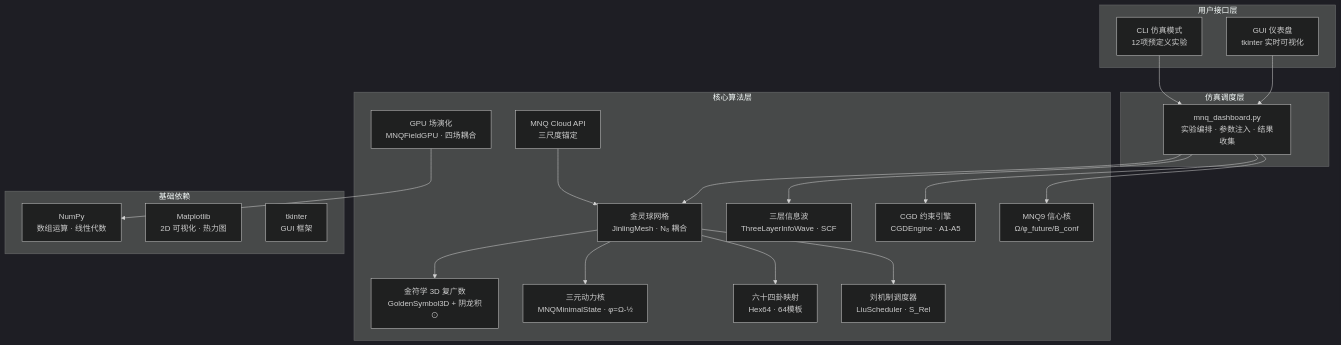
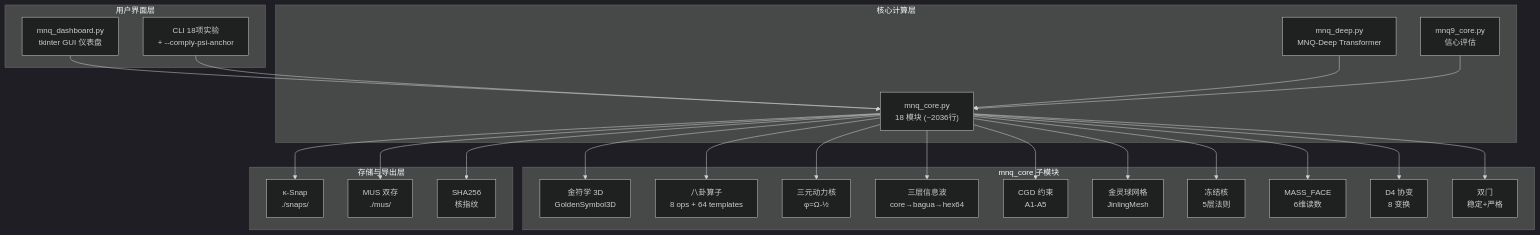
Before and after one commit to lisoleg/mnq-golden-spirit-ball-simulator: the third of 4 diagrams in PAPER.md, drawn with Mermaid (dark theme). The commit also changed other lines of this file, not shown here.

````diff
--- a/PAPER.md
+++ b/PAPER.md
@@ -172,44 +637,39 @@
 ```mermaid
-graph TD
-    subgraph 用户接口层
-        CLI["CLI 仿真模式<br/>12项预定义实验"]
-        GUI["GUI 仪表盘<br/>tkinter 实时可视化"]
+graph TB
+    subgraph "用户界面层"
+        GUI["mnq_dashboard.py<br/>tkinter GUI 仪表盘"]
+        CLI["CLI 18项实验<br/>+ --comply-psi-anchor"]
     end
 
-    subgraph 仿真调度层
-        DASH["mnq_dashboard.py<br/>实验编排 · 参数注入 · 结果收集"]
+    subgraph "核心计算层"
+        CORE["mnq_core.py<br/>18 模块 (~2036行)"]
+        DEEP["mnq_deep.py<br/>MNQ-Deep Transformer"]
+        MNQ9["mnq9_core.py<br/>信心评估"]
     end
 
-    subgraph 核心算法层
-        GS["金符学 3D 复广数<br/>GoldenSymbol3D + 阴龙积⊙"]
-        MESH["金灵球网格<br/>JinlingMesh · N₈ 耦合"]
-        MINIMAL["三元动力核<br/>MNQMinimalState · φ=Ω-½"]
-        WAVE["三层信息波<br/>ThreeLayerInfoWave · SCF"]
-        CGD["CGD 约束引擎<br/>CGDEngine · A1-A5"]
-        HEX64["六十四卦映射<br/>Hex64 · 64模板"]
-        LIU["刘机制调度器<br/>LiuScheduler · S_Rel"]
-        GPU["GPU 场演化<br/>MNQFieldGPU · 四场耦合"]
-        CLOUD["MNQ Cloud API<br/>三尺度锚定"]
-        MNQ9["MNQ9 信心核<br/>Ω/φ_future/B_conf"]
+    subgraph "mnq_core 子模块"
+        GS["金符学 3D<br/>GoldenSymbol3D"]
+        BO["八卦算子<br/>8 ops + 64 templates"]
+        TK["三元动力核<br/>φ=Ω-½"]
+        SCF["三层信息波<br/>core→bagua→hex64"]
+        CGD["CGD 约束<br/>A1-A5"]
+        JM["金灵球网格<br/>JinlingMesh"]
+        FK["冻结核<br/>5层法则"]
+        MF["MASS_FACE<br/>6维读数"]
+        D4["D4 协变<br/>8 变换"]
+        DG["双门<br/>稳定+严格"]
     end
 
-    subgraph 基础依赖
-        NP[NumPy<br/>数组运算 · 线性代数]
-        MPL[Matplotlib<br/>2D 可视化 · 热力图]
-        TK[tkinter<br/>GUI 框架]
+    subgraph "存储与导出层"
+        SNAPS["κ-Snap<br/>./snaps/"]
+        MUS["MUS 双存<br/>./mus/"]
+        FINGER["SHA256<br/>核指纹"]
     end
 
-    CLI --> DASH
-    GUI --> DASH
-    DASH --> MESH
-    DASH --> WAVE
-    DASH --> CGD
-    DASH --> MNQ9
-
-    MESH --> GS
-    MESH --> MINIMAL
-    MESH --> HEX64
-    MESH --> LIU
-    CLOUD --> MESH
-    GPU --> NP
+    GUI --> CORE
+    CLI --> CORE
+    CORE --> GS & BO & TK & SCF & CGD & JM & FK & MF & D4 & DG
+    CORE --> SNAPS & MUS & FINGER
+    DEEP --> CORE
+    MNQ9 --> CORE
 ```
````
